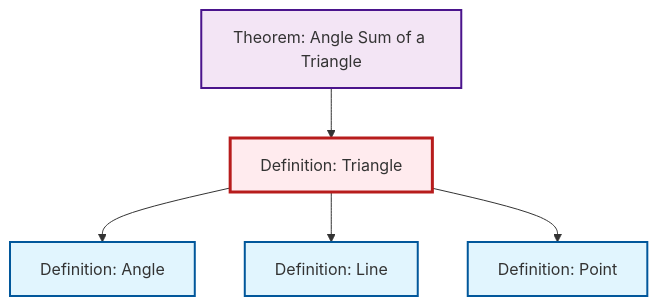
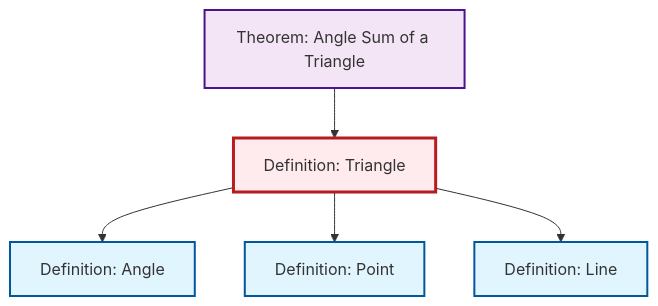
The diagram in content/ja/geometry/def-triangle.qmd (RK0429/ModernMath), drawn with Mermaid before and after one commit. The commit also changed other lines of this file and 654 other files, not shown here.

````diff
--- a/content/ja/geometry/def-triangle.qmd
+++ b/content/ja/geometry/def-triangle.qmd
@@ -60,23 +60,23 @@
 ```{mermaid}
 %%| fig-cap: "Local dependency graph"
 graph TD
     classDef definition fill:#e1f5fe,stroke:#01579b,stroke-width:2px
     classDef theorem fill:#f3e5f5,stroke:#4a148c,stroke-width:2px
     classDef axiom fill:#fff3e0,stroke:#e65100,stroke-width:2px
     classDef example fill:#e8f5e9,stroke:#1b5e20,stroke-width:2px
     classDef current fill:#ffebee,stroke:#b71c1c,stroke-width:3px
+    def-line["Definition: Line"]:::definition
     def-point["Definition: Point"]:::definition
     def-triangle["Definition: Triangle"]:::definition
     thm-angle-sum-triangle["Theorem: Angle Sum of a Triangle"]:::theorem
     def-angle["Definition: Angle"]:::definition
-    def-line["Definition: Line"]:::definition
     def-triangle --> def-angle
+    def-triangle --> def-point
     def-triangle --> def-line
     thm-angle-sum-triangle --> def-triangle
-    def-triangle --> def-point
     class def-triangle current
+    click def-line "def-line.html" "Definition: Lineへ"
     click def-point "def-point.html" "Definition: Pointへ"
     click thm-angle-sum-triangle "thm-angle-sum-triangle.html" "Theorem: Angle Sum of a Triangleへ"
     click def-angle "def-angle.html" "Definition: Angleへ"
-    click def-line "def-line.html" "Definition: Lineへ"
 ```
````
